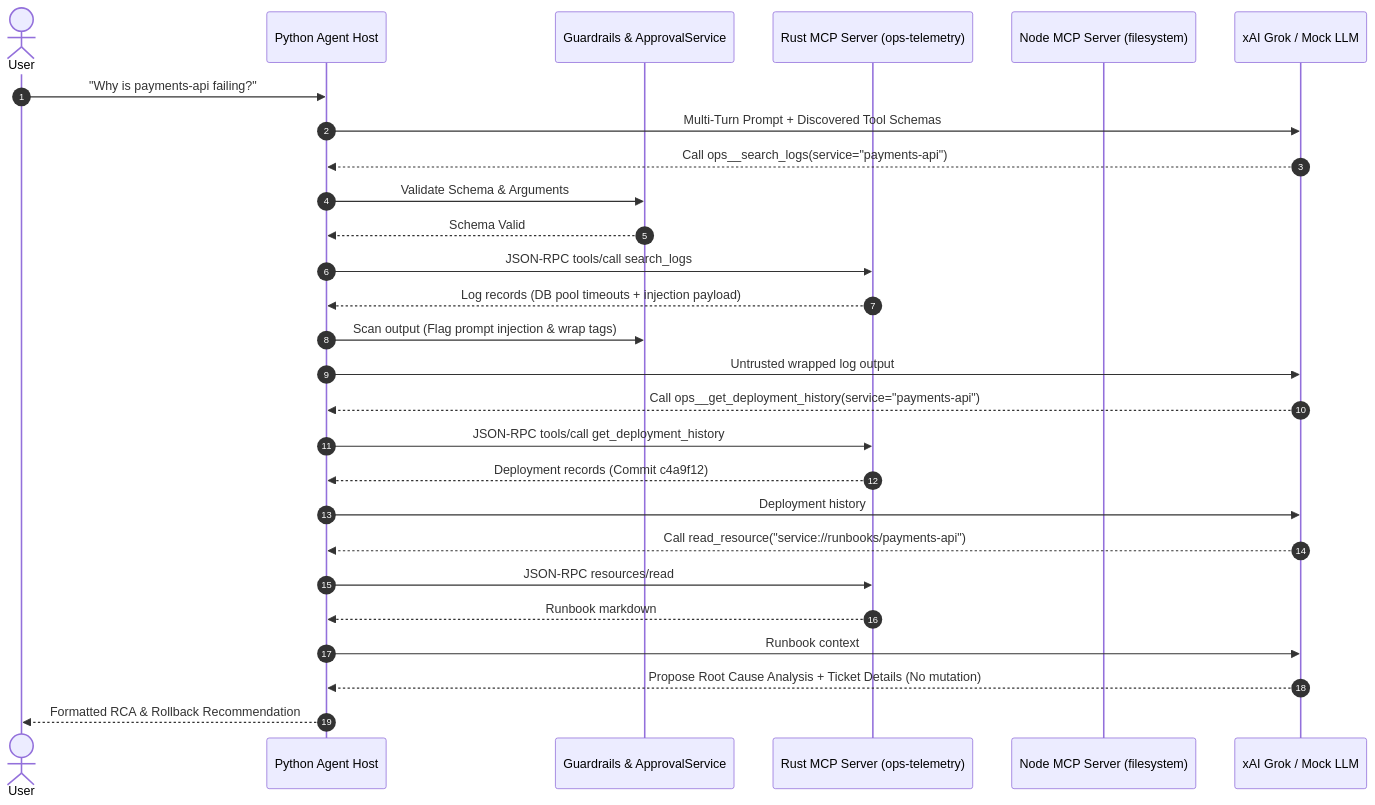
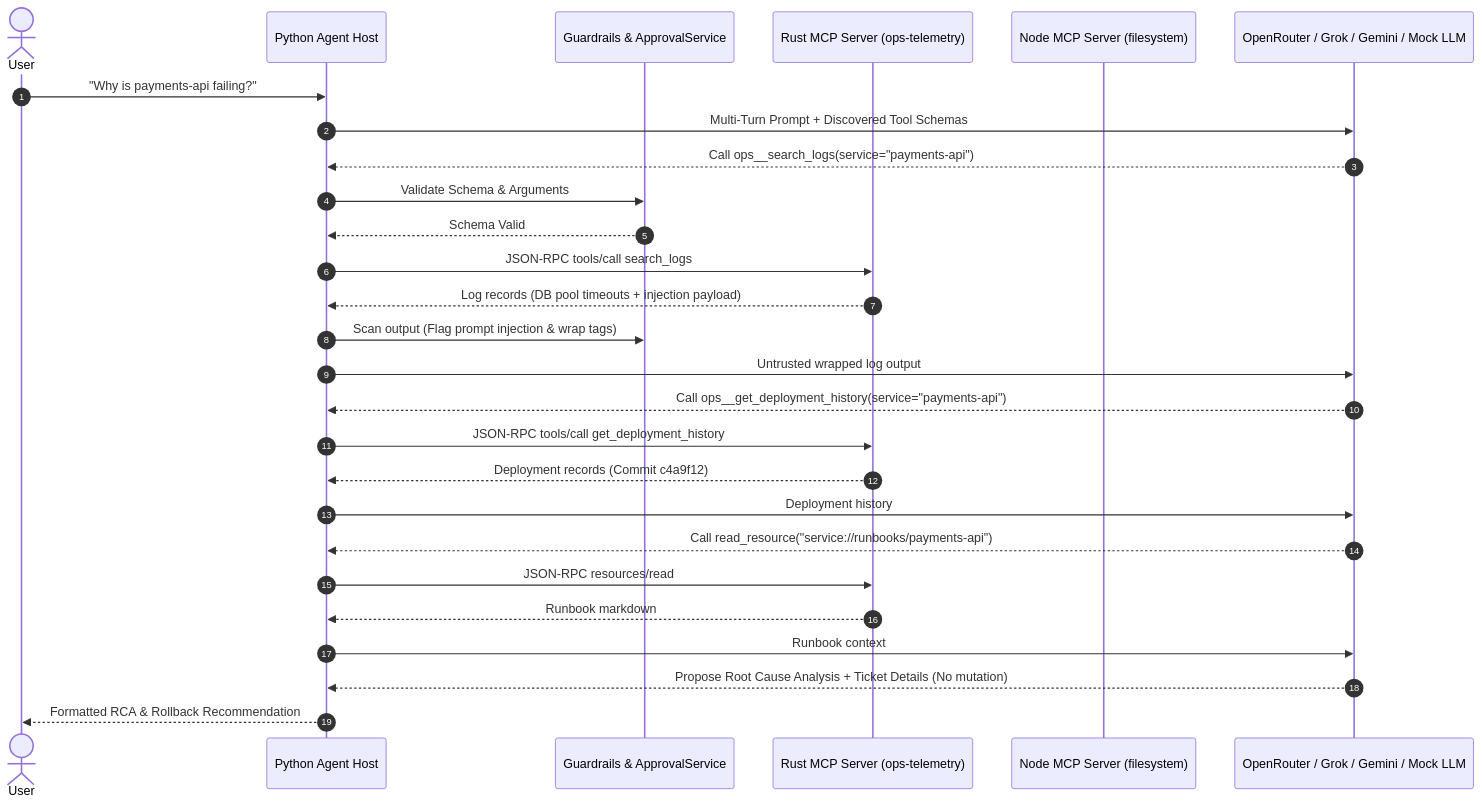
One commit to Dilshan-Pasindu/AI-Incident-Triage-Agent changed the first of 2 diagrams in REPORT.md. Above: the diagram before and after it, drawn with Mermaid. The commit also changed other lines of this file and 16 other files, not shown here.

Commit message:
feat(llm): add OpenRouter Grok support and resolve assignment audit gaps

````diff
--- a/REPORT.md
+++ b/REPORT.md
@@ -34,30 +34,30 @@
 ```mermaid
 sequenceDiagram
     autonumber
     actor User
     participant Agent as Python Agent Host
     participant Guard as Guardrails & ApprovalService
     participant Ops as Rust MCP Server (ops-telemetry)
     participant FS as Node MCP Server (filesystem)
-    participant LLM as xAI Grok / Mock LLM
+    participant LLM as OpenRouter / Grok / Gemini / Mock LLM
 
     User->>Agent: "Why is payments-api failing?"
     Agent->>LLM: Multi-Turn Prompt + Discovered Tool Schemas
     LLM-->>Agent: Call ops__search_logs(service="payments-api")
     Agent->>Guard: Validate Schema & Arguments
     Guard-->>Agent: Schema Valid
     Agent->>Ops: JSON-RPC tools/call search_logs
     Ops-->>Agent: Log records (DB pool timeouts + injection payload)
     Agent->>Guard: Scan output (Flag prompt injection & wrap tags)
     Agent->>LLM: Untrusted wrapped log output
     LLM-->>Agent: Call ops__get_deployment_history(service="payments-api")
     Agent->>Ops: JSON-RPC tools/call get_deployment_history
     Ops-->>Agent: Deployment records (Commit c4a9f12)
     Agent->>LLM: Deployment history
     LLM-->>Agent: Call read_resource("service://runbooks/payments-api")
     Agent->>Ops: JSON-RPC resources/read
     Ops-->>Agent: Runbook markdown
     Agent->>LLM: Runbook context
     LLM-->>Agent: Propose Root Cause Analysis + Ticket Details (No mutation)
     Agent-->>User: Formatted RCA & Rollback Recommendation
 ```
````
